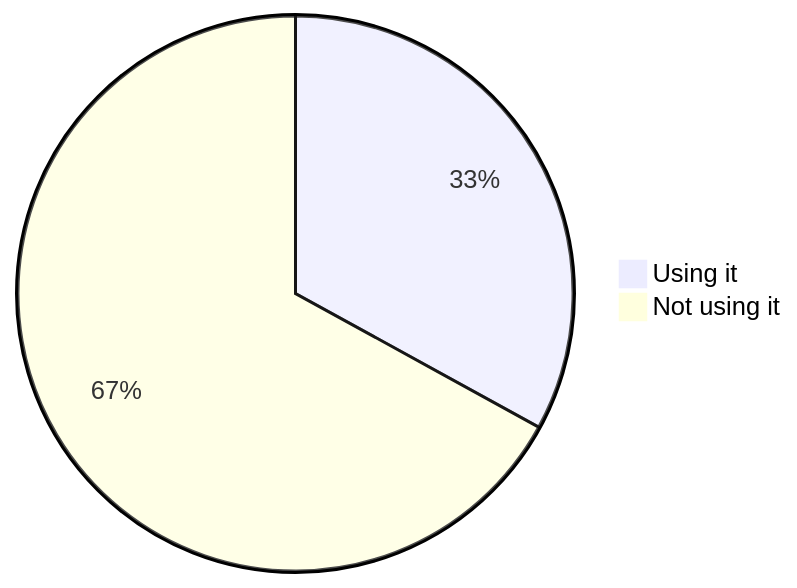
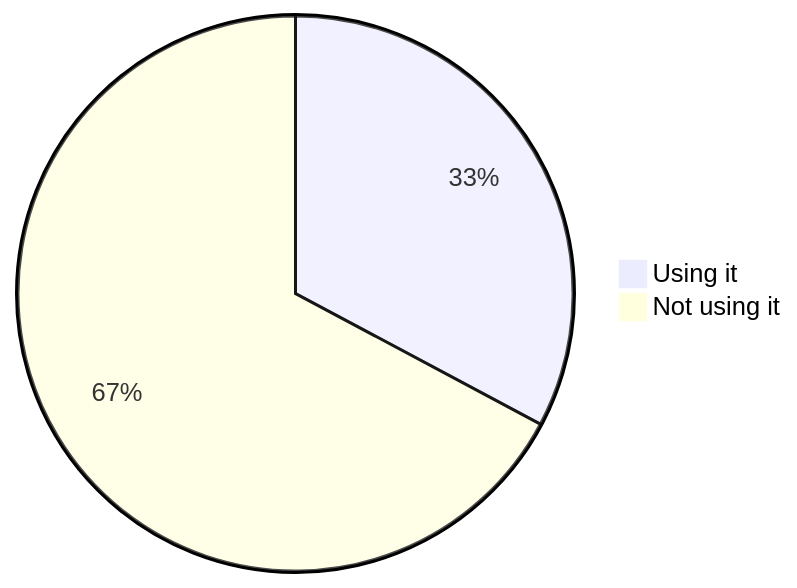
Diagram 16 of 22 in stats.md (oshp/oshp-stats), drawn with Mermaid before and after one commit. The commit also changed other lines of this file, not shown here.

````diff
--- a/stats.md
+++ b/stats.md
@@ -190,6 +190,6 @@
 ```mermaid
 pie
-	"Using it" : 33.0
-	"Not using it" : 67.0
+	"Using it" : 32.8
+	"Not using it" : 67.2
 
 ```
````
